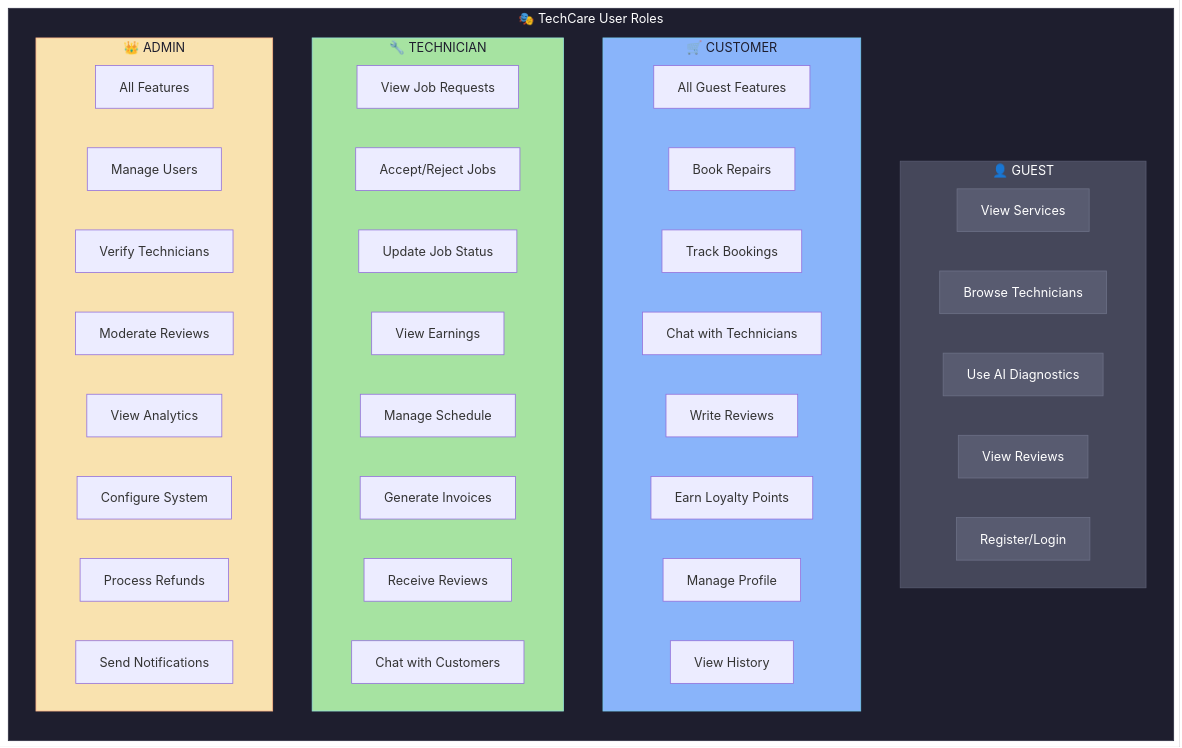
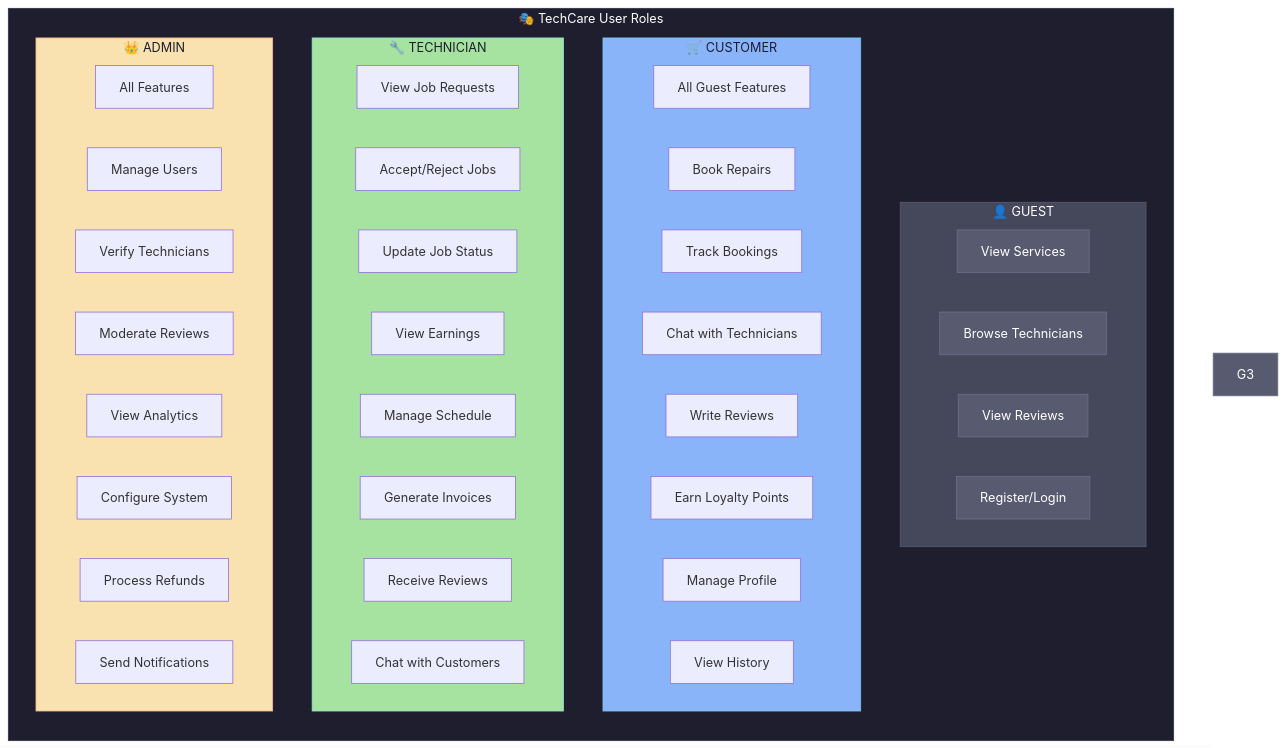
One commit to Irchika774/Tech-Care_official changed the seventh of 12 diagrams in README.md. Above: the diagram before and after it, drawn with Mermaid. The commit also changed other lines of this file, not shown here.

Commit message:
docs: fix diagrams rendering and remove AI Diagnostics mentions

````diff
--- a/README.md
+++ b/README.md
@@ -431,58 +373,57 @@
 ```mermaid
 flowchart TB
     subgraph Roles["🎭 TechCare User Roles"]
         direction TB
         
         subgraph GuestRole["👤 GUEST"]
             G1["View Services"]
             G2["Browse Technicians"]
-            G3["Use AI Diagnostics"]
             G4["View Reviews"]
             G5["Register/Login"]
         end
         
         subgraph CustomerRole["🛒 CUSTOMER"]
             C1["All Guest Features"]
             C2["Book Repairs"]
             C3["Track Bookings"]
             C4["Chat with Technicians"]
             C5["Write Reviews"]
             C6["Earn Loyalty Points"]
             C7["Manage Profile"]
             C8["View History"]
         end
         
         subgraph TechnicianRole["🔧 TECHNICIAN"]
             T1["View Job Requests"]
             T2["Accept/Reject Jobs"]
             T3["Update Job Status"]
             T4["View Earnings"]
             T5["Manage Schedule"]
             T6["Generate Invoices"]
             T7["Receive Reviews"]
             T8["Chat with Customers"]
         end
         
         subgraph AdminRole["👑 ADMIN"]
             A1["All Features"]
             A2["Manage Users"]
             A3["Verify Technicians"]
             A4["Moderate Reviews"]
             A5["View Analytics"]
             A6["Configure System"]
             A7["Process Refunds"]
             A8["Send Notifications"]
         end
     end
     
     style Roles fill:#1e1e2e,stroke:#313244,color:#fff
     style GuestRole fill:#45475a,stroke:#585b70,color:#fff
     style CustomerRole fill:#89b4fa,stroke:#74c7ec,color:#1e1e2e
     style TechnicianRole fill:#a6e3a1,stroke:#94e2d5,color:#1e1e2e
     style AdminRole fill:#f9e2af,stroke:#fab387,color:#1e1e2e
     style G1 fill:#585b70,stroke:#6c7086,color:#fff
     style G2 fill:#585b70,stroke:#6c7086,color:#fff
     style G3 fill:#585b70,stroke:#6c7086,color:#fff
     style G4 fill:#585b70,stroke:#6c7086,color:#fff
     style G5 fill:#585b70,stroke:#6c7086,color:#fff
 ```
````
